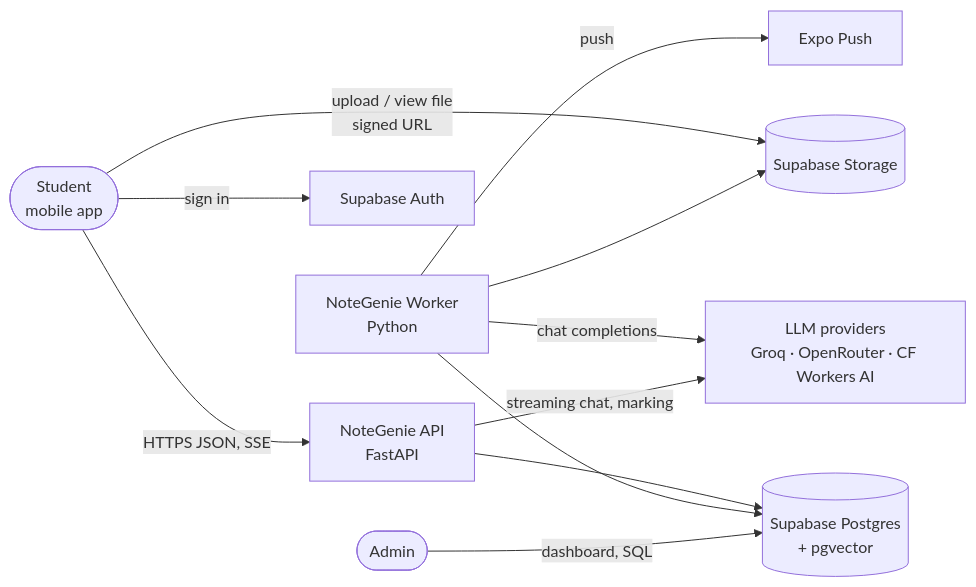
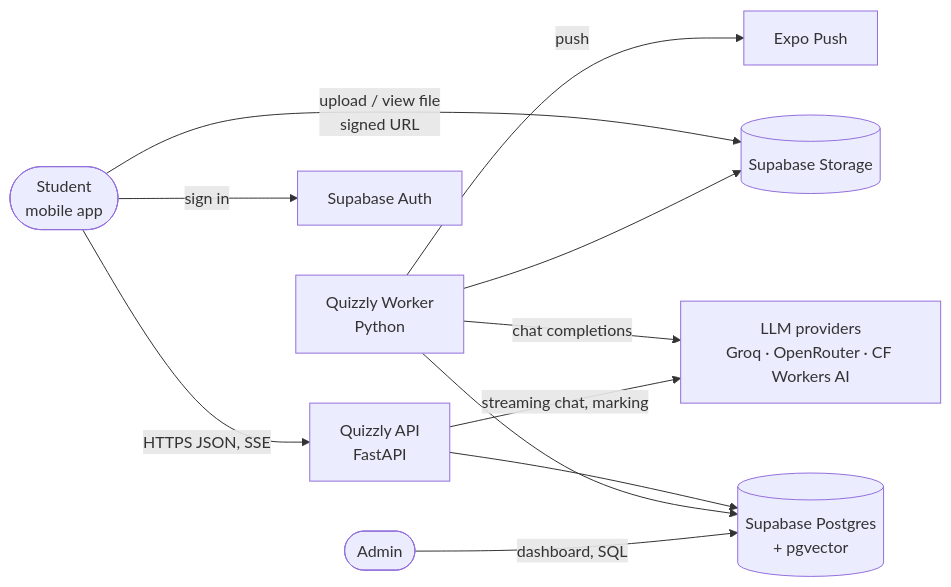
One commit to dunascode-prog/quizzly changed the first of 4 diagrams in docs/ARCHITECTURE.md. Above: the diagram before and after it, drawn with Mermaid. The commit also changed other lines of this file and 8 other files, not shown here.

Commit message:
Rename project from NoteGenie to Quizzly

````diff
--- a/docs/ARCHITECTURE.md
+++ b/docs/ARCHITECTURE.md
@@ -32,13 +32,13 @@
 ```mermaid
 flowchart LR
-    Student([Student<br/>mobile app]) -->|HTTPS JSON, SSE| API[NoteGenie API<br/>FastAPI]
+    Student([Student<br/>mobile app]) -->|HTTPS JSON, SSE| API[Quizzly API<br/>FastAPI]
     Student -->|sign in| Auth[Supabase Auth]
     Student -->|upload / view file<br/>signed URL| Storage[(Supabase Storage)]
     API --> DB[(Supabase Postgres<br/>+ pgvector)]
-    Worker[NoteGenie Worker<br/>Python] --> DB
+    Worker[Quizzly Worker<br/>Python] --> DB
     Worker --> Storage
     Worker -->|chat completions| LLM[LLM providers<br/>Groq · OpenRouter · CF Workers AI]
     API -->|streaming chat, marking| LLM
     Worker -->|push| Expo[Expo Push]
     Admin([Admin]) -->|dashboard, SQL| DB
 ```
````
